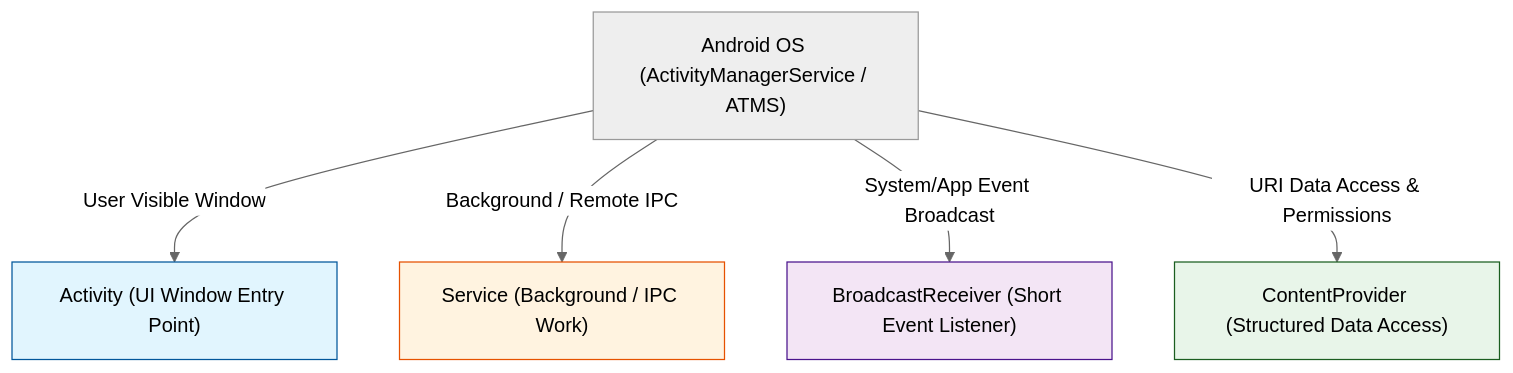
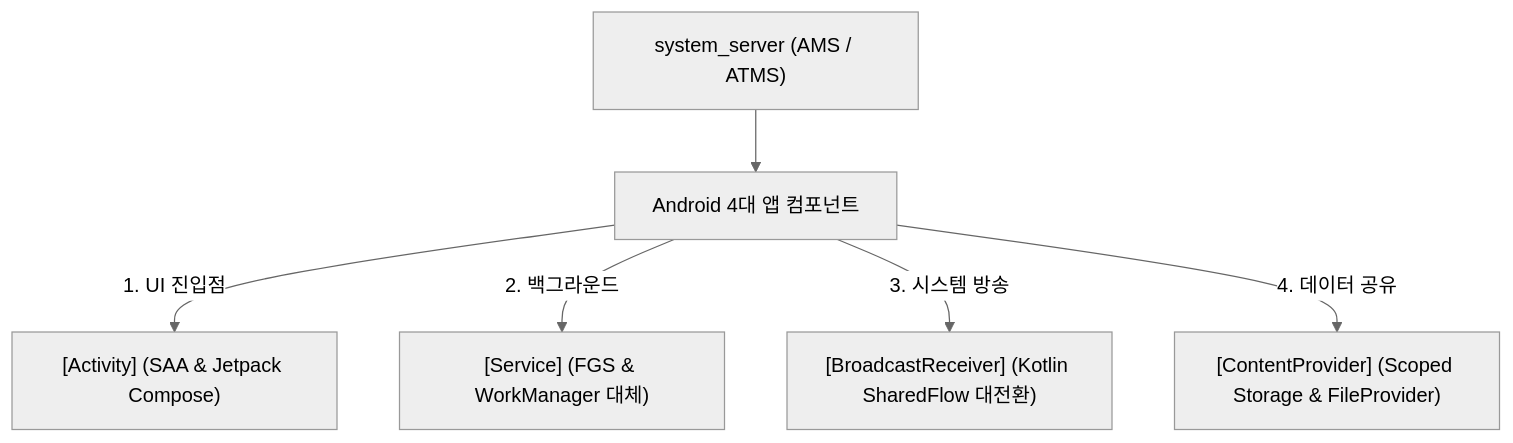
One commit to youngmin-gwon/what-i-studied changed the diagram in 01_inbox/mobile/android/02_app_framework/architecture/app-components/android-app-components.md. Above: the diagram before and after it, drawn with Mermaid (neutral theme). The commit also changed other lines of this file and 33 other files, not shown here.

````diff
--- a/01_inbox/mobile/android/02_app_framework/architecture/app-components/android-app-components.md
+++ b/01_inbox/mobile/android/02_app_framework/architecture/app-components/android-app-components.md
@@ -19,12 +21,8 @@
 ```mermaid
 graph TD
-    AMS["Android OS (ActivityManagerService / ATMS)"] -->|"User Visible Window"| Act["Activity (UI Window Entry Point)"]
-    AMS -->|"Background / Remote IPC"| Svc["Service (Background / IPC Work)"]
-    AMS -->|"System/App Event Broadcast"| Rec["BroadcastReceiver (Short Event Listener)"]
-    AMS -->|"URI Data Access & Permissions"| CP["ContentProvider (Structured Data Access)"]
-
-    style Act fill:#e1f5fe,stroke:#01579b,stroke-width:2f
-    style Svc fill:#fff3e0,stroke:#e65100,stroke-width:2f
-    style Rec fill:#f3e5f5,stroke:#4a148c,stroke-width:2f
-    style CP fill:#e8f5e9,stroke:#1b5e20,stroke-width:2f
+    SystemServer["system_server (AMS / ATMS)"] --> AppComponents["Android 4대 앱 컴포넌트"]
+    AppComponents -->|"1. UI 진입점"| Act["[Activity] (SAA & Jetpack Compose)"]
+    AppComponents -->|"2. 백그라운드"| Svc["[Service] (FGS & WorkManager 대체)"]
+    AppComponents -->|"3. 시스템 방송"| Rx["[BroadcastReceiver] (Kotlin SharedFlow 대전환)"]
+    AppComponents -->|"4. 데이터 공유"| Provider["[ContentProvider] (Scoped Storage & FileProvider)"]
 ```
````
